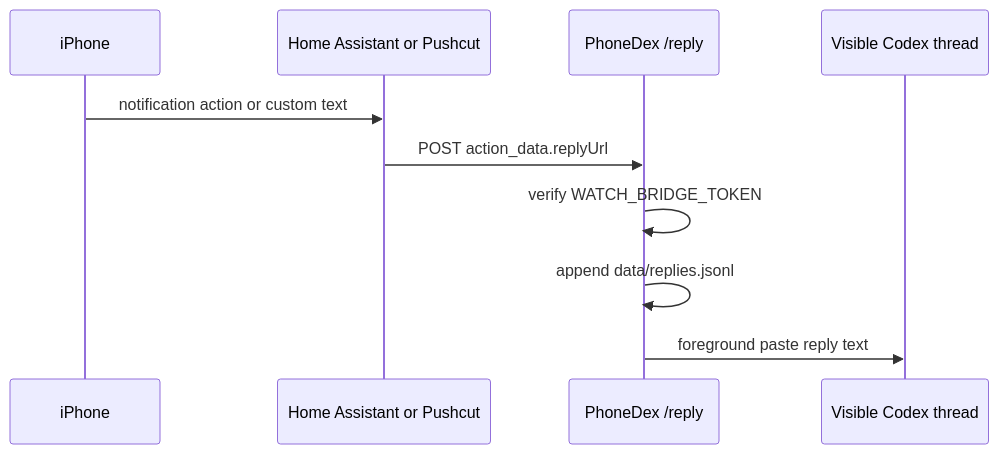
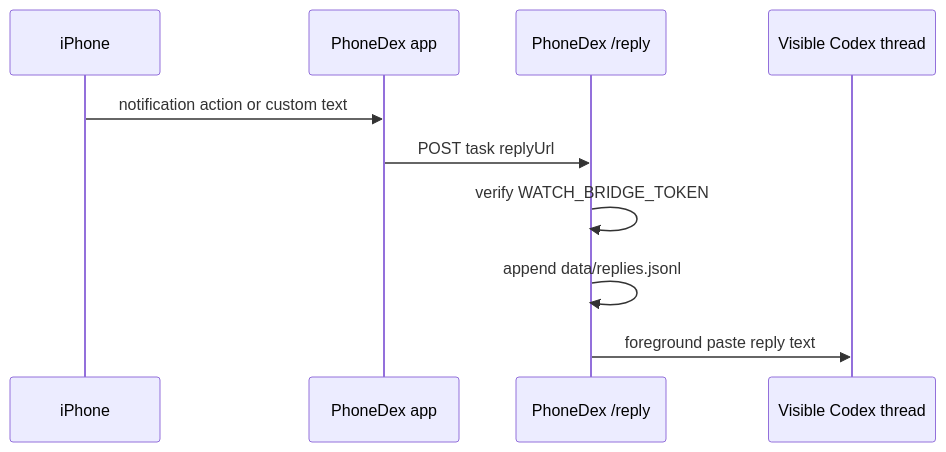
Before and after one commit to nash226/phonedex: the second of 2 diagrams in docs/architecture.md, drawn with Mermaid. The commit also changed other lines of this file and 11 other files, not shown here.

Commit message:
Remove Home Assistant fallback

````diff
--- a/docs/architecture.md
+++ b/docs/architecture.md
@@ -137,13 +127,13 @@
 ```mermaid
 sequenceDiagram
   participant Phone as iPhone
-  participant Provider as Home Assistant or Pushcut
+  participant App as PhoneDex app
   participant Bridge as PhoneDex /reply
   participant Codex as Visible Codex thread
 
-  Phone->>Provider: notification action or custom text
-  Provider->>Bridge: POST action_data.replyUrl
+  Phone->>App: notification action or custom text
+  App->>Bridge: POST task replyUrl
   Bridge->>Bridge: verify WATCH_BRIDGE_TOKEN
   Bridge->>Bridge: append data/replies.jsonl
   Bridge->>Codex: foreground paste reply text
 ```
````
